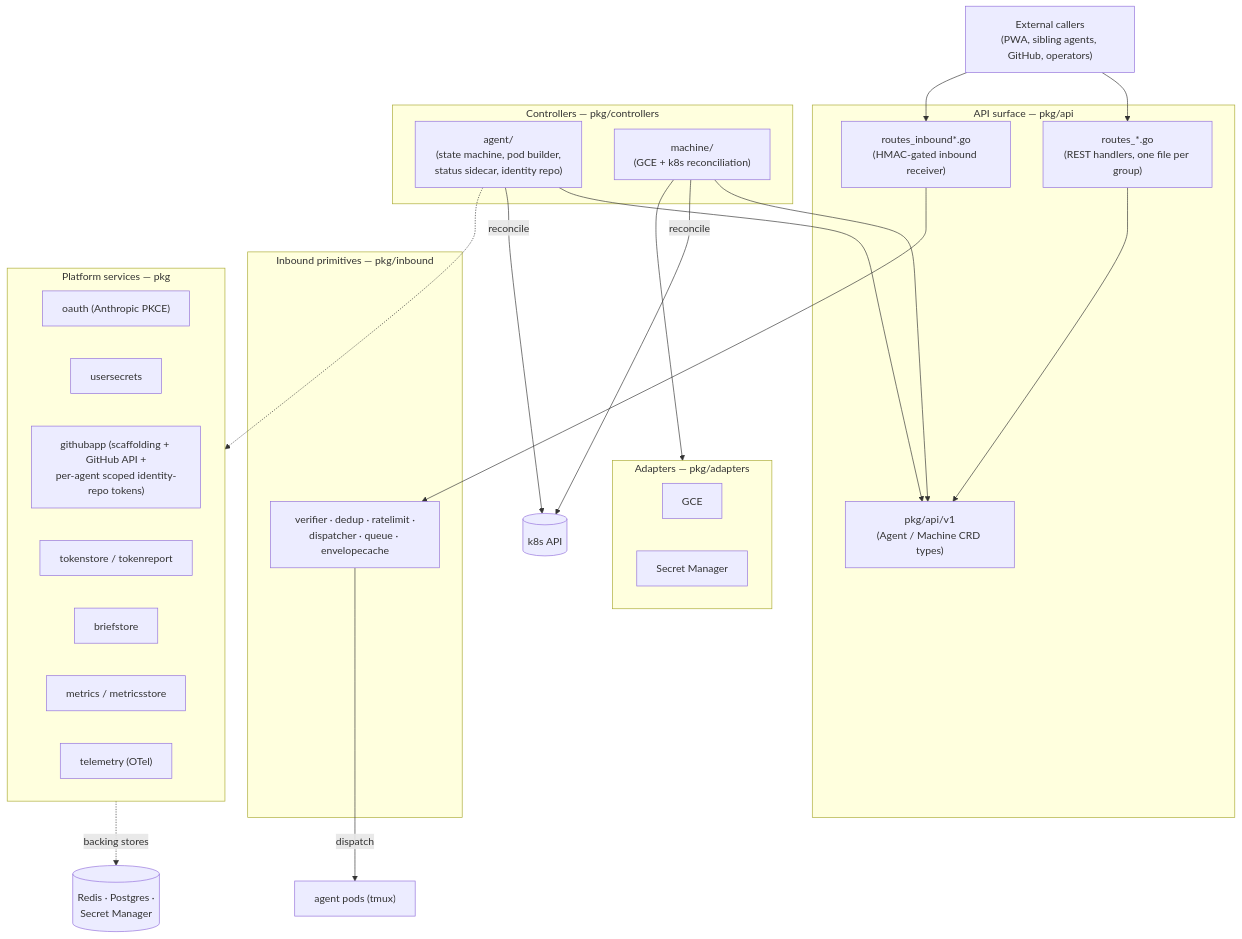
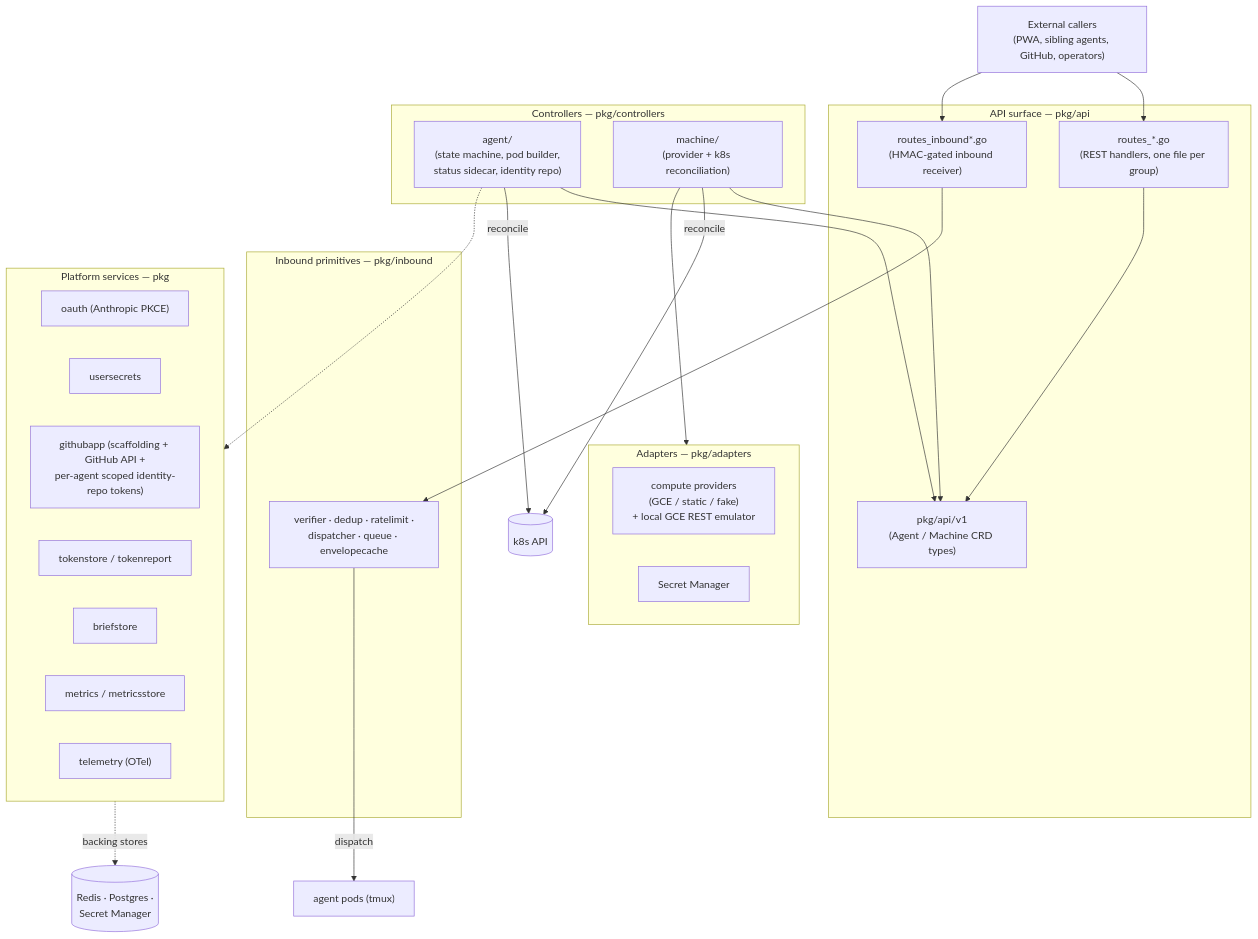
The first of 3 diagrams in docs/architecture/overview.md (matty-v/kyber), drawn with Mermaid before and after one commit. The commit also changed 49 other files, not shown here.

First line of the commit message:
feat(compute): add provider-neutral local simulators (#65)

````diff
--- a/docs/architecture/overview.md
+++ b/docs/architecture/overview.md
@@ -82,47 +82,47 @@
 ```mermaid
 flowchart TB
     subgraph api["API surface — pkg/api"]
         routes["routes_*.go<br/>(REST handlers, one file per group)"]
         inboundroutes["routes_inbound*.go<br/>(HMAC-gated inbound receiver)"]
         types["pkg/api/v1<br/>(Agent / Machine CRD types)"]
     end
 
     subgraph ctrl["Controllers — pkg/controllers"]
         agentc["agent/<br/>(state machine, pod builder,<br/>status sidecar, identity repo)"]
-        machinec["machine/<br/>(GCE + k8s reconciliation)"]
+        machinec["machine/<br/>(provider + k8s reconciliation)"]
     end
 
     subgraph inb["Inbound primitives — pkg/inbound"]
         prim["verifier · dedup · ratelimit ·<br/>dispatcher · queue · envelopecache"]
     end
 
     subgraph svc["Platform services — pkg"]
         oauth["oauth (Anthropic PKCE)"]
         usersecrets["usersecrets"]
         githubapp["githubapp (scaffolding + GitHub API +<br/>per-agent scoped identity-repo tokens)"]
         tokenstore["tokenstore / tokenreport"]
         briefstore["briefstore"]
         metrics["metrics / metricsstore"]
         telemetry["telemetry (OTel)"]
     end
 
     subgraph adapt["Adapters — pkg/adapters"]
-        gce["GCE"]
+        gce["compute providers<br/>(GCE / static / fake)<br/>+ local GCE REST emulator"]
         sm["Secret Manager"]
     end
 
     ext["External callers<br/>(PWA, sibling agents, GitHub, operators)"] --> routes
     ext --> inboundroutes
     inboundroutes --> prim
     routes --> types
     agentc --> types
     machinec --> types
 
     agentc -->|reconcile| k8s[("k8s API")]
     machinec -->|reconcile| k8s
     machinec --> adapt
     prim -->|dispatch| pods["agent pods (tmux)"]
 
     svc -.->|backing stores| stores[("Redis · Postgres ·<br/>Secret Manager")]
     agentc -.-> svc
 ```
````
